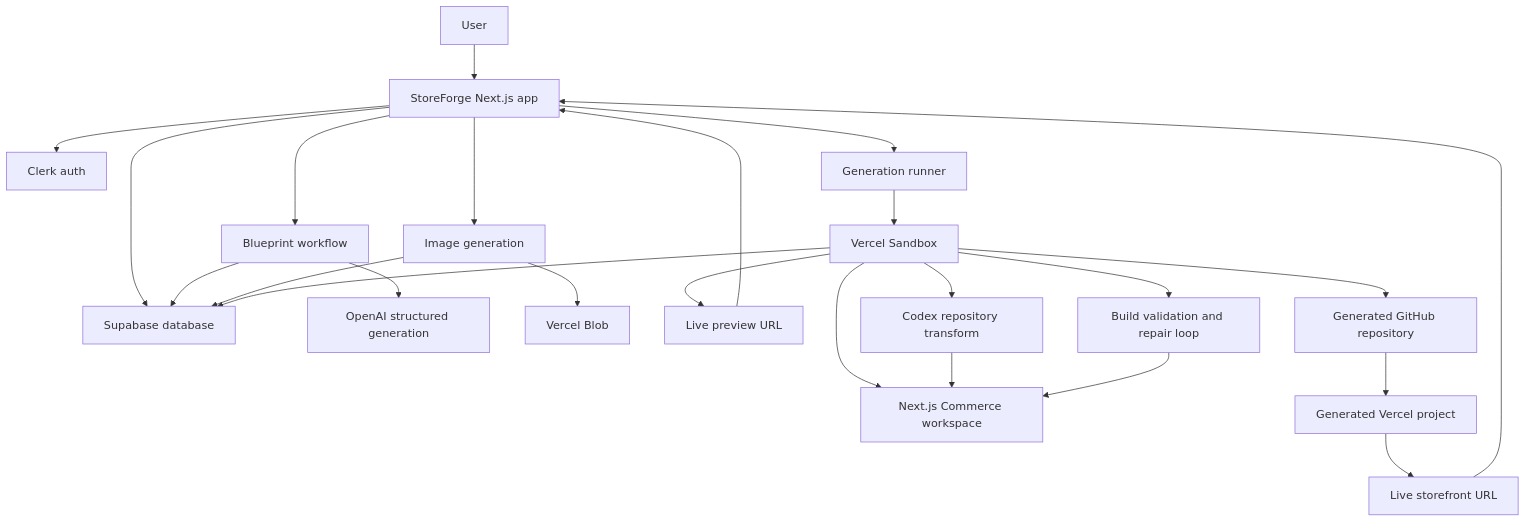
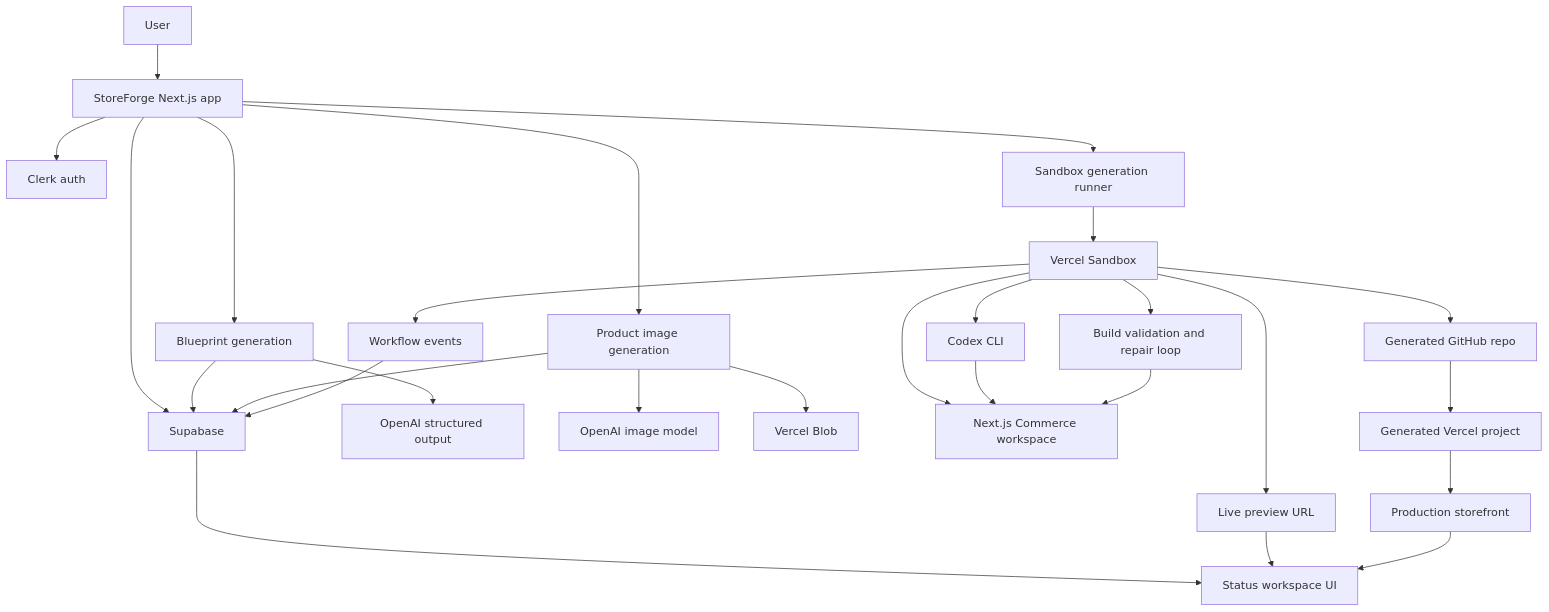
The diagram in README.md (mattc0llier/storeforge-ai), drawn with Mermaid before and after one commit. The commit also changed other lines of this file and 35 other files, not shown here.

Commit message:
Polish auth dashboard and streamline architecture

````diff
--- a/README.md
+++ b/README.md
@@ -33,26 +39,34 @@
 ```mermaid
 flowchart TD
   User["User"] --> App["StoreForge Next.js app"]
   App --> Clerk["Clerk auth"]
-  App --> Supabase["Supabase database"]
-  App --> Blueprint["Blueprint workflow"]
-  Blueprint --> OpenAI["OpenAI structured generation"]
+  App --> Supabase["Supabase"]
+
+  App --> Blueprint["Blueprint generation"]
+  Blueprint --> OpenAIText["OpenAI structured output"]
   Blueprint --> Supabase
-  App --> Images["Image generation"]
-  Images --> Blob["Vercel Blob"]
-  Images --> Supabase
-  App --> Runner["Generation runner"]
+
+  App --> ImageGen["Product image generation"]
+  ImageGen --> OpenAIImages["OpenAI image model"]
+  ImageGen --> Blob["Vercel Blob"]
+  ImageGen --> Supabase
+
+  App --> Runner["Sandbox generation runner"]
   Runner --> Sandbox["Vercel Sandbox"]
   Sandbox --> Commerce["Next.js Commerce workspace"]
   Sandbox --> Preview["Live preview URL"]
-  Sandbox --> Codex["Codex repository transform"]
+  Sandbox --> Codex["Codex CLI"]
   Codex --> Commerce
-  Sandbox --> Validate["Build validation and repair loop"]
-  Validate --> Commerce
-  Sandbox --> GitHub["Generated GitHub repository"]
+  Sandbox --> Validation["Build validation and repair loop"]
+  Validation --> Commerce
+
+  Sandbox --> GitHub["Generated GitHub repo"]
   GitHub --> Vercel["Generated Vercel project"]
-  Vercel --> Live["Live storefront URL"]
-  Sandbox --> Supabase
-  Preview --> App
-  Live --> App
+  Vercel --> Live["Production storefront"]
+
+  Sandbox --> Events["Workflow events"]
+  Events --> Supabase
+  Supabase --> Status["Status workspace UI"]
+  Preview --> Status
+  Live --> Status
 ```
````
